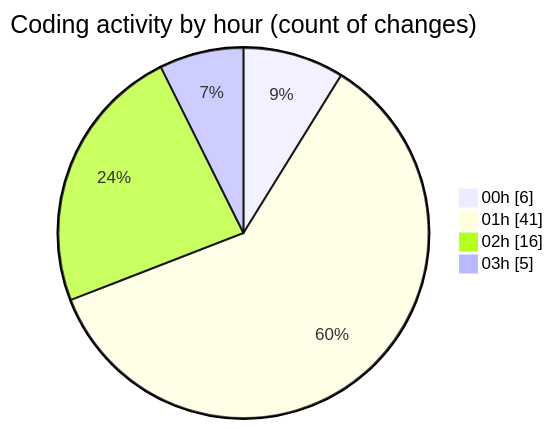
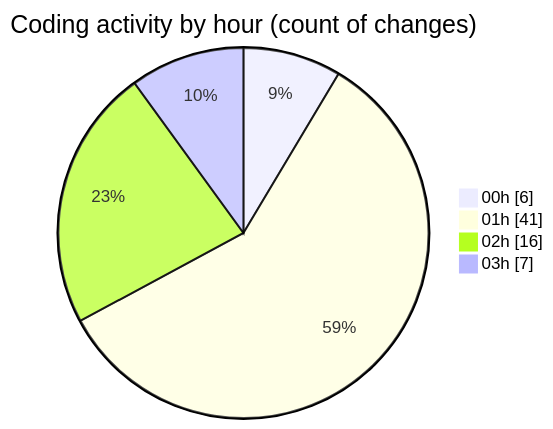
The second of 2 diagrams in 2025-06-22/archive/README.md (JenPaints/code-tracking), drawn with Mermaid before and after one commit. The commit also changed other lines of this file and 1 other file, not shown here.

````diff
--- a/2025-06-22/archive/README.md
+++ b/2025-06-22/archive/README.md
@@ -35,8 +35,8 @@
 ```mermaid
 pie showData
 title Coding activity by hour (count of changes)
 "00h" : 6
 "01h" : 41
 "02h" : 16
-"03h" : 5
+"03h" : 7
 ```
````
